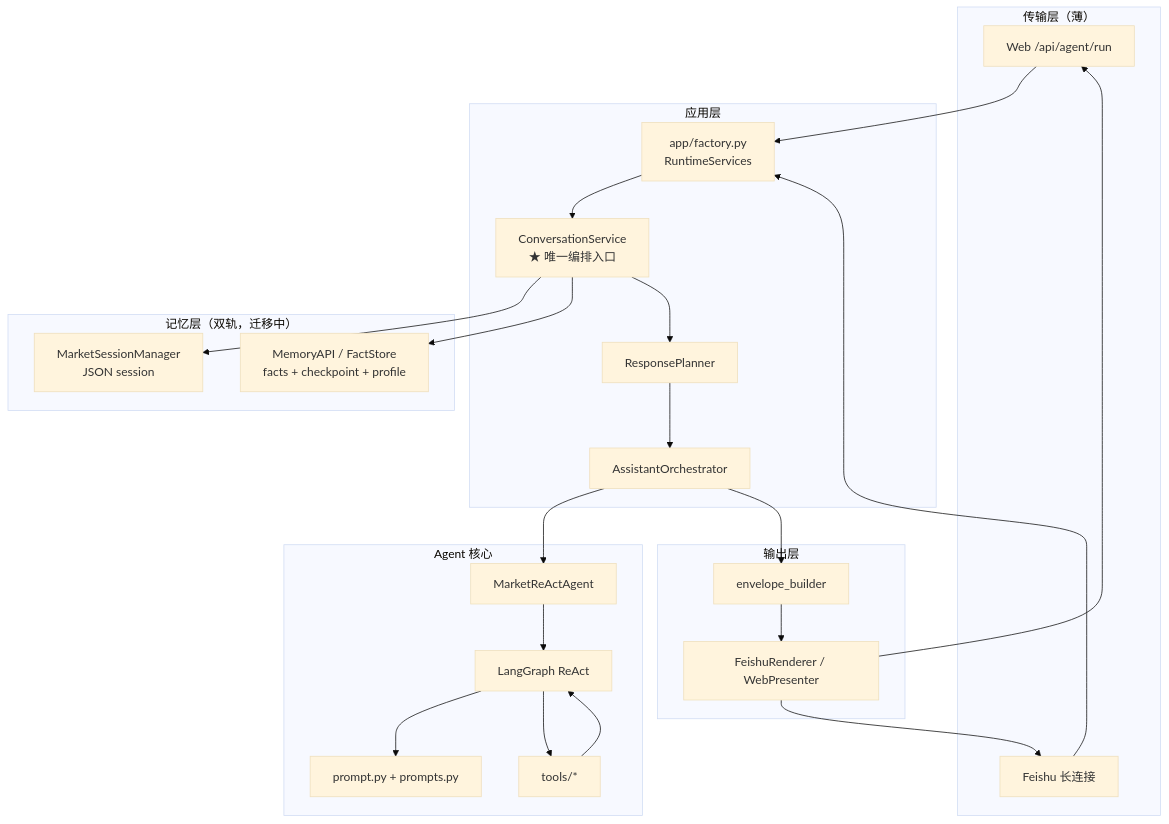
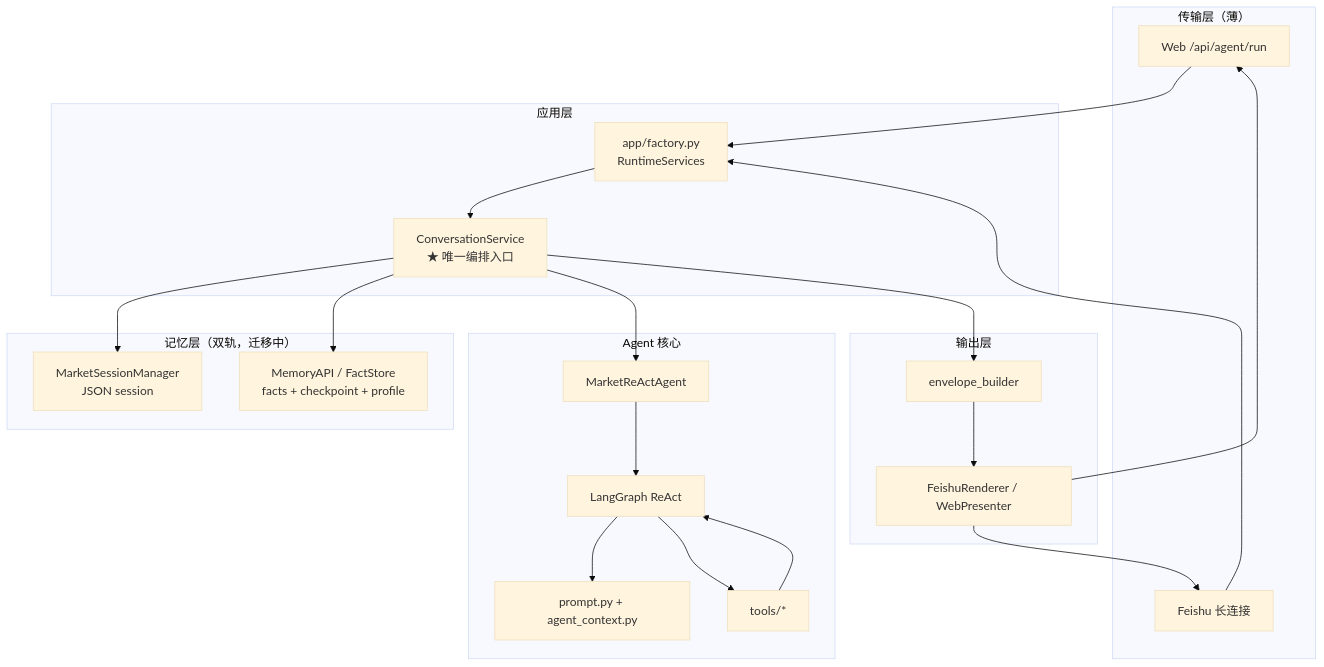
The first of 4 diagrams in docs/00_PROJECT_ARCHITECTURE.md (7Gosts/MarketAssAgent), drawn with Mermaid (base theme) before and after one commit. The commit also changed other lines of this file and 41 other files, not shown here.

Commit message:
refactor: finalize direct-context flow and compact analysis outputs

````diff
--- a/docs/00_PROJECT_ARCHITECTURE.md
+++ b/docs/00_PROJECT_ARCHITECTURE.md
@@ -28,48 +29,44 @@
 ```mermaid
 flowchart TB
     subgraph Transport["传输层（薄）"]
         Web["Web /api/agent/run"]
         Feishu["Feishu 长连接"]
     end
 
     subgraph App["应用层"]
         Factory["app/factory.py<br/>RuntimeServices"]
         Conv["ConversationService<br/>★ 唯一编排入口"]
-        Planner["ResponsePlanner"]
-        Orch["AssistantOrchestrator"]
     end
 
     subgraph Memory["记忆层（双轨，迁移中）"]
         MSM["MarketSessionManager<br/>JSON session"]
         MAPI["MemoryAPI / FactStore<br/>facts + checkpoint + profile"]
     end
 
     subgraph Agent["Agent 核心"]
         AgentNode["MarketReActAgent"]
         Graph["LangGraph ReAct"]
-        Prompt["prompt.py + prompts.py"]
+        Prompt["prompt.py + agent_context.py"]
         Tools["tools/*"]
     end
 
     subgraph Output["输出层"]
         Env["envelope_builder"]
         Render["FeishuRenderer / WebPresenter"]
     end
 
     Web --> Factory
     Feishu --> Factory
     Factory --> Conv
     Conv --> MSM
     Conv --> MAPI
-    Conv --> Planner
-    Planner --> Orch
-    Orch --> AgentNode
+    Conv --> AgentNode
     AgentNode --> Graph
     Graph --> Prompt
     Graph --> Tools
     Tools --> Graph
-    Orch --> Env
+    Conv --> Env
     Env --> Render
     Render --> Web
     Render --> Feishu
 ```
````
